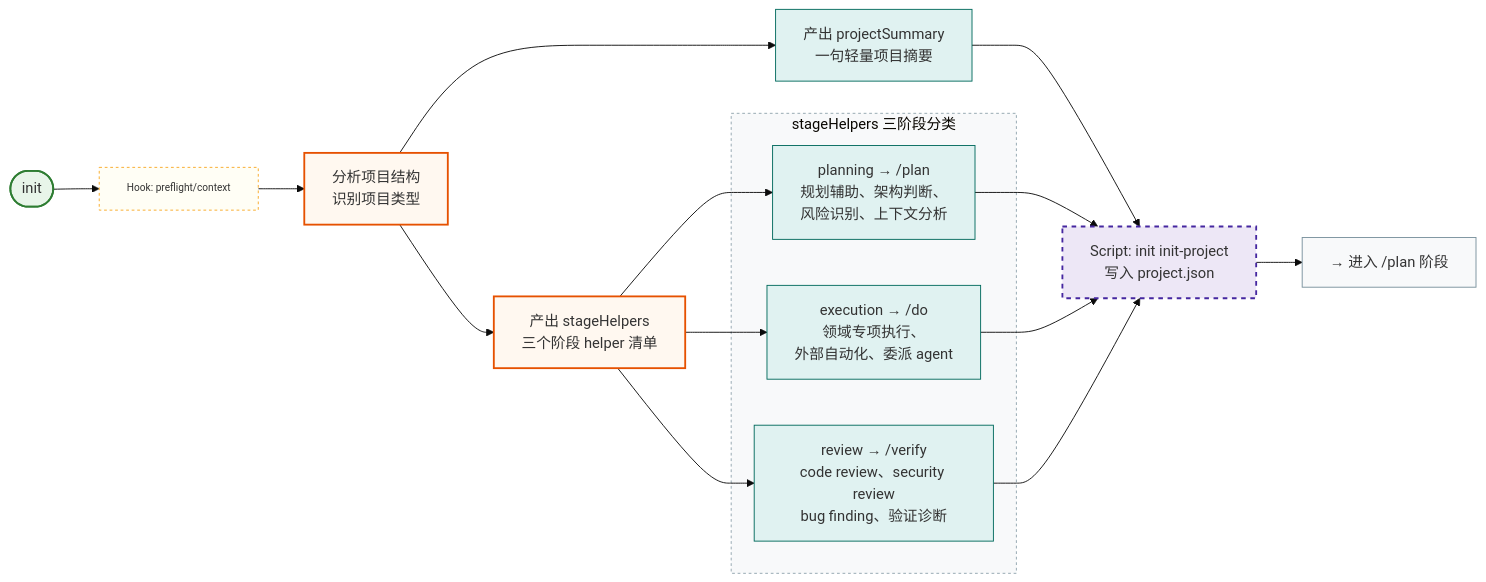
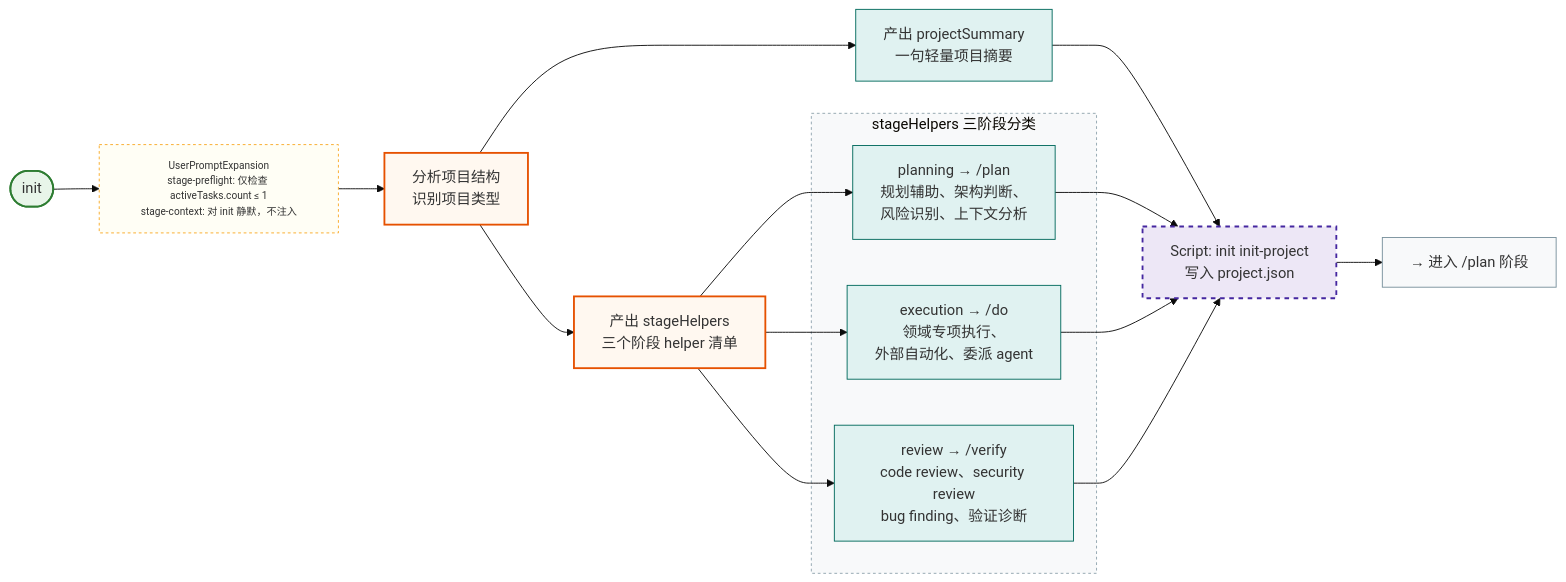
One commit to youchuyu/my-cc-lite changed the first of 6 diagrams in docs/my-cc-lite-flow.phase.mermaid.md. Above: the diagram before and after it, drawn with Mermaid (base theme). The commit also changed other lines of this file and 8 other files, not shown here.

````diff
--- a/docs/my-cc-lite-flow.phase.mermaid.md
+++ b/docs/my-cc-lite-flow.phase.mermaid.md
@@ -9,36 +9,36 @@
 ```mermaid
 flowchart LR
     classDef stageBox fill:#fff8f0,stroke:#e65100,stroke-width:2px
     classDef stateWrite fill:#ede7f6,stroke:#4527a0,stroke-width:2px,stroke-dasharray: 5 5
     classDef hookNote fill:#fffef5,stroke:#f9a825,stroke-width:1px,stroke-dasharray: 3 3,font-size:11px
     classDef routeBox fill:#f8f9fa,stroke:#78909c,stroke-width:1px
     classDef productBox fill:#e0f2f1,stroke:#00695c,stroke-width:1px
 
     START(["init"])
     START --> INIT_HOOK
 
-    INIT_HOOK["Hook: preflight/context"]:::hookNote
+    INIT_HOOK["UserPromptExpansion\nstage-preflight: 仅检查 activeTasks.count ≤ 1\nstage-context: 对 init 静默，不注入"]:::hookNote
     INIT_ANALYZE["分析项目结构\n识别项目类型"]:::stageBox
     INIT_SUMMARY["产出 projectSummary\n一句轻量项目摘要"]:::productBox
     INIT_HELPERS["产出 stageHelpers\n三个阶段 helper 清单"]:::stageBox
 
     subgraph HELPERS["stageHelpers 三阶段分类"]
         H_PLANNING["planning → /plan\n规划辅助、架构判断、\n风险识别、上下文分析"]:::productBox
         H_EXECUTION["execution → /do\n领域专项执行、\n外部自动化、委派 agent"]:::productBox
         H_REVIEW["review → /verify\ncode review、security review\nbug finding、验证诊断"]:::productBox
     end
 
     INIT_WRITE["Script: init init-project\n写入 project.json"]:::stateWrite
 
     INIT_HOOK --> INIT_ANALYZE --> INIT_SUMMARY
     INIT_ANALYZE --> INIT_HELPERS
     INIT_SUMMARY --> INIT_WRITE
     INIT_HELPERS --> H_PLANNING --> INIT_WRITE
     INIT_HELPERS --> H_EXECUTION --> INIT_WRITE
     INIT_HELPERS --> H_REVIEW --> INIT_WRITE
 
     INIT_WRITE --> TO_PLAN["→ 进入 /plan 阶段"]:::routeBox
 
     style START fill:#e8f5e9,stroke:#2e7d32,stroke-width:2px
     style HELPERS fill:#f8f9fa,stroke:#90a4ae,stroke-width:1px,stroke-dasharray: 3 3
 ```
````
